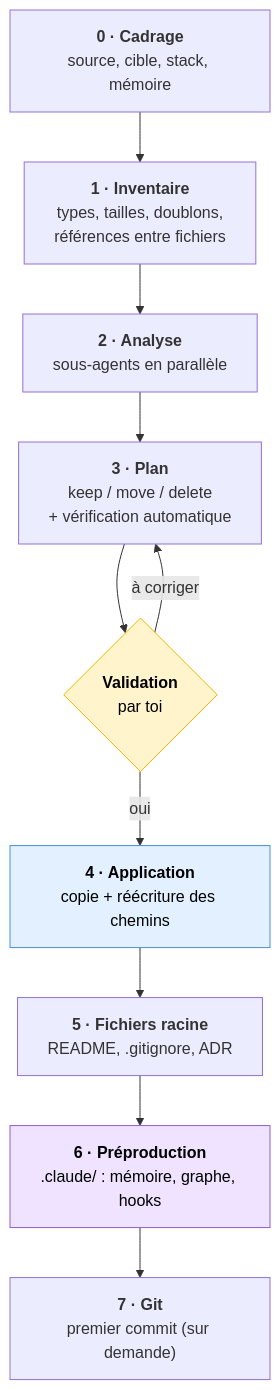
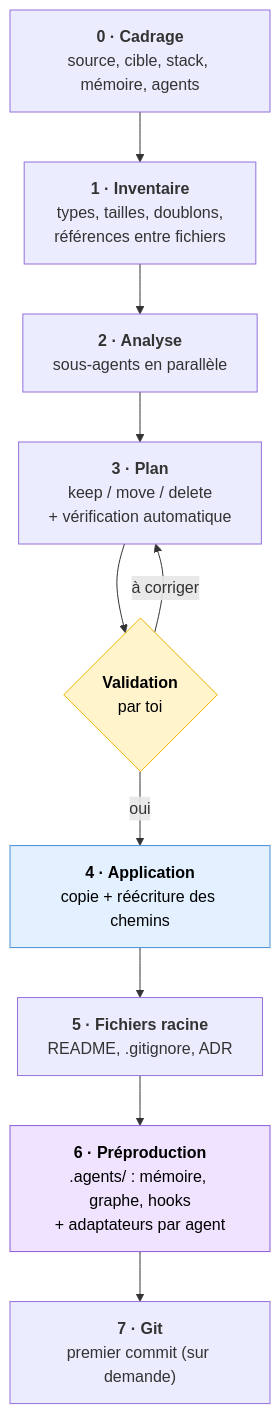
The second of 5 diagrams in README.md (duckysface/design-to-dev), drawn with Mermaid before and after one commit. The commit also changed other lines of this file and 15 other files, not shown here.

First line of the commit message:
feat: installation npx/curl/irm et mémoire partagée multi-agents

````diff
--- a/README.md
+++ b/README.md
@@ -89,20 +148,20 @@
 ```mermaid
 flowchart TD
-    S0["<b>0 · Cadrage</b><br/>source, cible, stack, mémoire"]
+    S0["<b>0 · Cadrage</b><br/>source, cible, stack, mémoire, agents"]
     S1["<b>1 · Inventaire</b><br/>types, tailles, doublons,<br/>références entre fichiers"]
     S2["<b>2 · Analyse</b><br/>sous-agents en parallèle"]
     S3["<b>3 · Plan</b><br/>keep / move / delete<br/>+ vérification automatique"]
     OK{"<b>Validation</b><br/>par toi"}
     S4["<b>4 · Application</b><br/>copie + réécriture des chemins"]
     S5["<b>5 · Fichiers racine</b><br/>README, .gitignore, ADR"]
-    S6["<b>6 · Préproduction</b><br/>.claude/ : mémoire, graphe, hooks"]
+    S6["<b>6 · Préproduction</b><br/>.agents/ : mémoire, graphe, hooks<br/>+ adaptateurs par agent"]
     S7["<b>7 · Git</b><br/>premier commit (sur demande)"]
 
     S0 --> S1 --> S2 --> S3 --> OK
     OK -- "à corriger" --> S3
     OK -- "oui" --> S4 --> S5 --> S6 --> S7
 
     style OK fill:#fff4cc,stroke:#f0b400,color:#000
     style S4 fill:#e3f0ff,stroke:#4a90d9,color:#000
     style S6 fill:#efe3ff,stroke:#8e5cd9,color:#000
 ```
````
